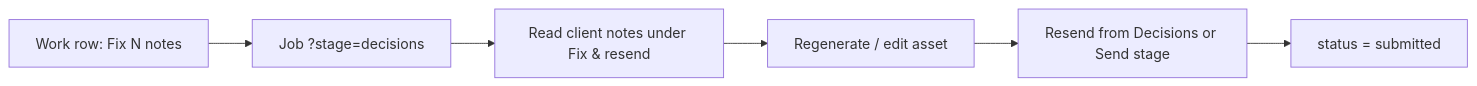
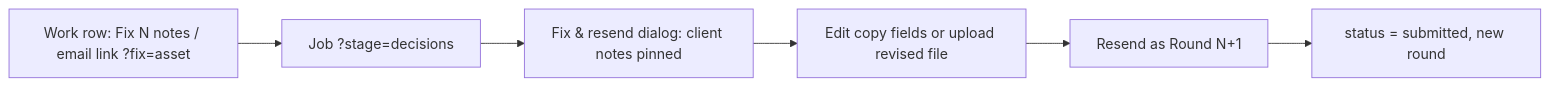
The second of 2 diagrams in docs/06-persona-flows/01-agency-creative.md (olutosin007/jigi-adcentral-01), drawn with Mermaid before and after one commit. The commit also changed other lines of this file and 22 other files, not shown here.

````diff
--- a/docs/06-persona-flows/01-agency-creative.md
+++ b/docs/06-persona-flows/01-agency-creative.md
@@ -61,8 +61,8 @@
 ```mermaid
 flowchart LR
-    A[Work row: Fix N notes] --> B[Job ?stage=decisions]
-    B --> C[Read client notes under Fix & resend]
-    C --> D[Regenerate / edit asset]
-    D --> E[Resend from Decisions or Send stage]
-    E --> F[status = submitted]
+    A[Work row: Fix N notes / email link ?fix=asset] --> B[Job ?stage=decisions]
+    B --> C[Fix & resend dialog: client notes pinned]
+    C --> D[Edit copy fields or upload revised file]
+    D --> E[Resend as Round N+1]
+    E --> F[status = submitted, new round]
 ```
````
